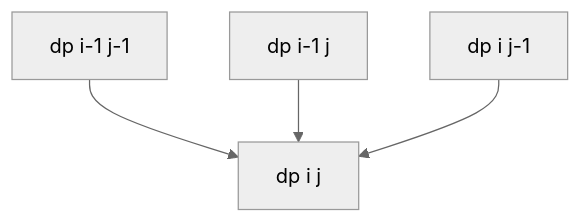
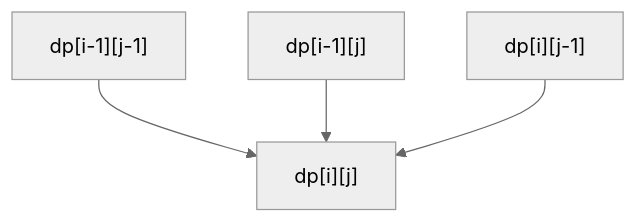
Before and after one commit to davidchen0970/algorithm_note: the fifth of 11 diagrams in 09_dynamic_programming/41_subsequence_dp.md, drawn with Mermaid (neutral theme). The commit also changed other lines of this file and 4 other files, not shown here.

````diff
--- a/09_dynamic_programming/41_subsequence_dp.md
+++ b/09_dynamic_programming/41_subsequence_dp.md
@@ -168,6 +371,6 @@
 ```mermaid
 flowchart TD
-    D[dp i-1 j-1] --> C[dp i j]
-    U[dp i-1 j] --> C
-    L[dp i j-1] --> C
+    D["dp[i-1][j-1]"] --> C["dp[i][j]"]
+    U["dp[i-1][j]"] --> C
+    L["dp[i][j-1]"] --> C
 ```
````
